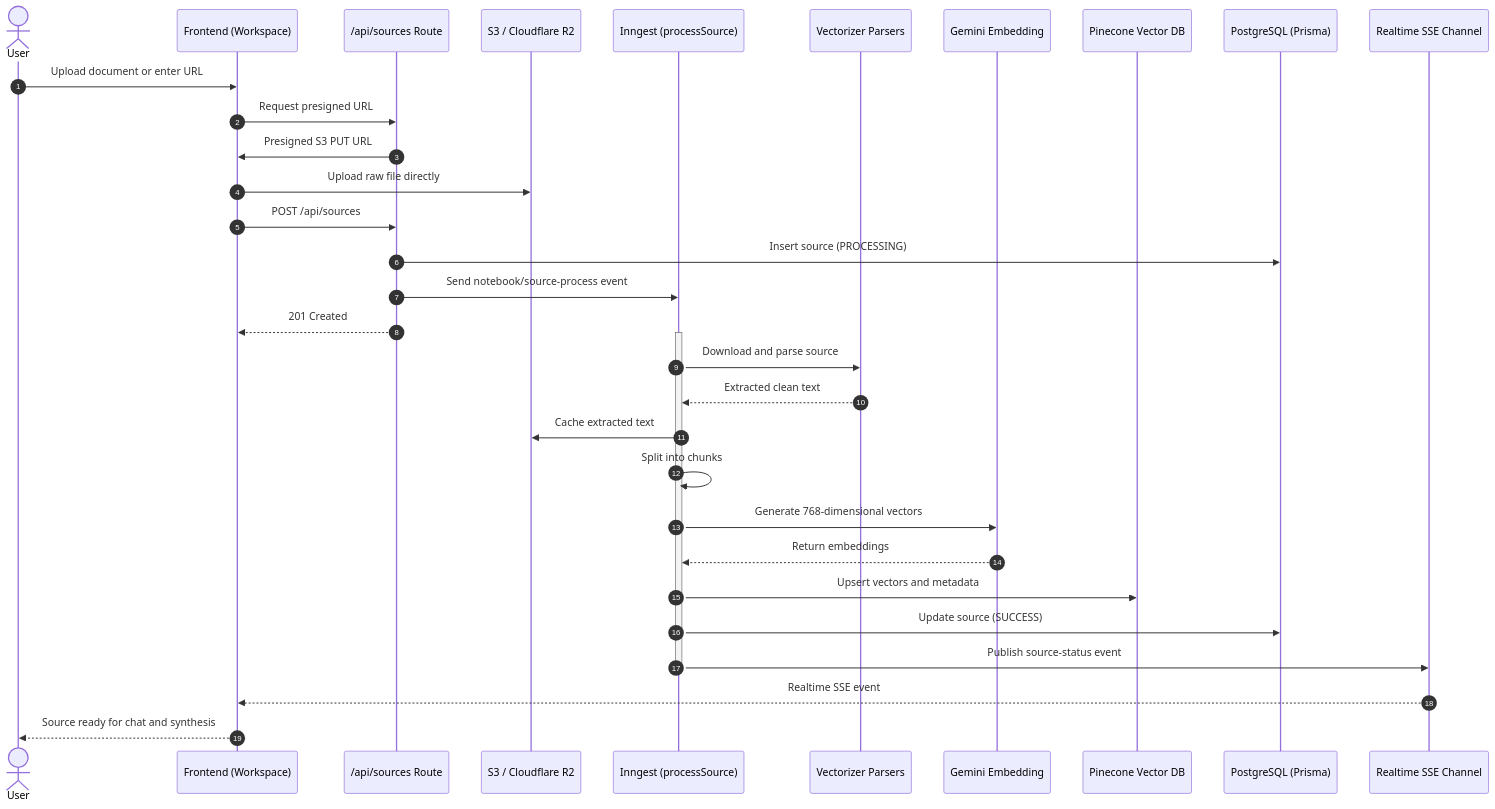
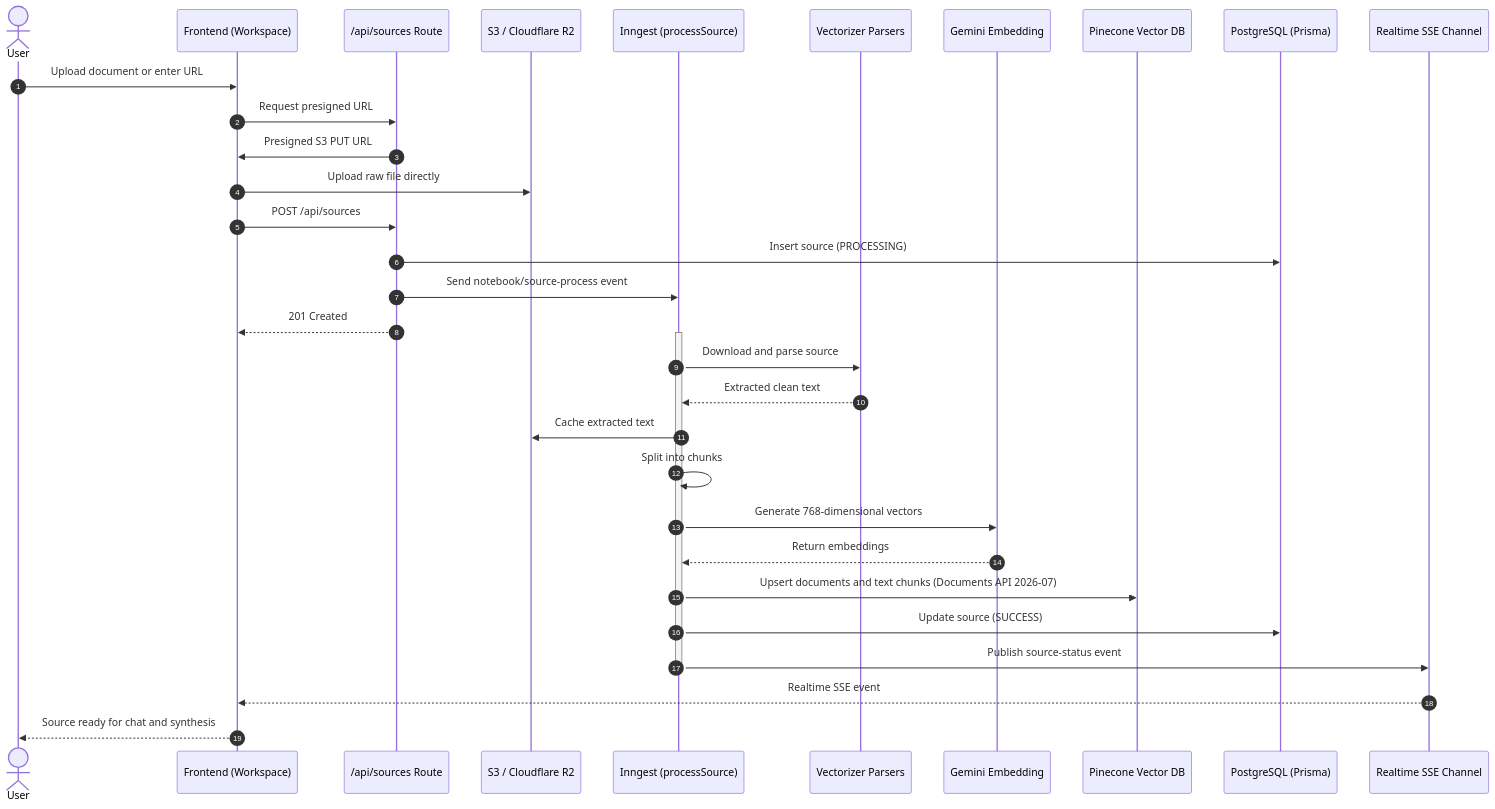
The second of 6 diagrams in ARCHITECTURE.md (shakibzcv/infera-notebook), drawn with Mermaid before and after one commit. The commit also changed other lines of this file and 31 other files, not shown here.

````diff
--- a/ARCHITECTURE.md
+++ b/ARCHITECTURE.md
@@ -126,38 +126,38 @@
 ```mermaid
 sequenceDiagram
     autonumber
     actor User
     participant Client as Frontend (Workspace)
     participant API as /api/sources Route
     participant S3 as S3 / Cloudflare R2
     participant Inngest as Inngest (processSource)
     participant Extractor as Vectorizer Parsers
     participant Embed as Gemini Embedding
     participant Pinecone as Pinecone Vector DB
     participant Prisma as PostgreSQL (Prisma)
     participant SSE as Realtime SSE Channel
 
     User->>Client: Upload document or enter URL
     Client->>API: Request presigned URL
     API->>Client: Presigned S3 PUT URL
     Client->>S3: Upload raw file directly
     Client->>API: POST /api/sources
     API->>Prisma: Insert source (PROCESSING)
     API->>Inngest: Send notebook/source-process event
     API-->>Client: 201 Created
 
     activate Inngest
     Inngest->>Extractor: Download and parse source
     Extractor-->>Inngest: Extracted clean text
     Inngest->>S3: Cache extracted text
     Inngest->>Inngest: Split into chunks
     Inngest->>Embed: Generate 768-dimensional vectors
     Embed-->>Inngest: Return embeddings
-    Inngest->>Pinecone: Upsert vectors and metadata
+    Inngest->>Pinecone: Upsert documents and text chunks (Documents API 2026-07)
     Inngest->>Prisma: Update source (SUCCESS)
     Inngest->>SSE: Publish source-status event
     deactivate Inngest
 
     SSE-->>Client: Realtime SSE event
     Client-->>User: Source ready for chat and synthesis
 ```
````
